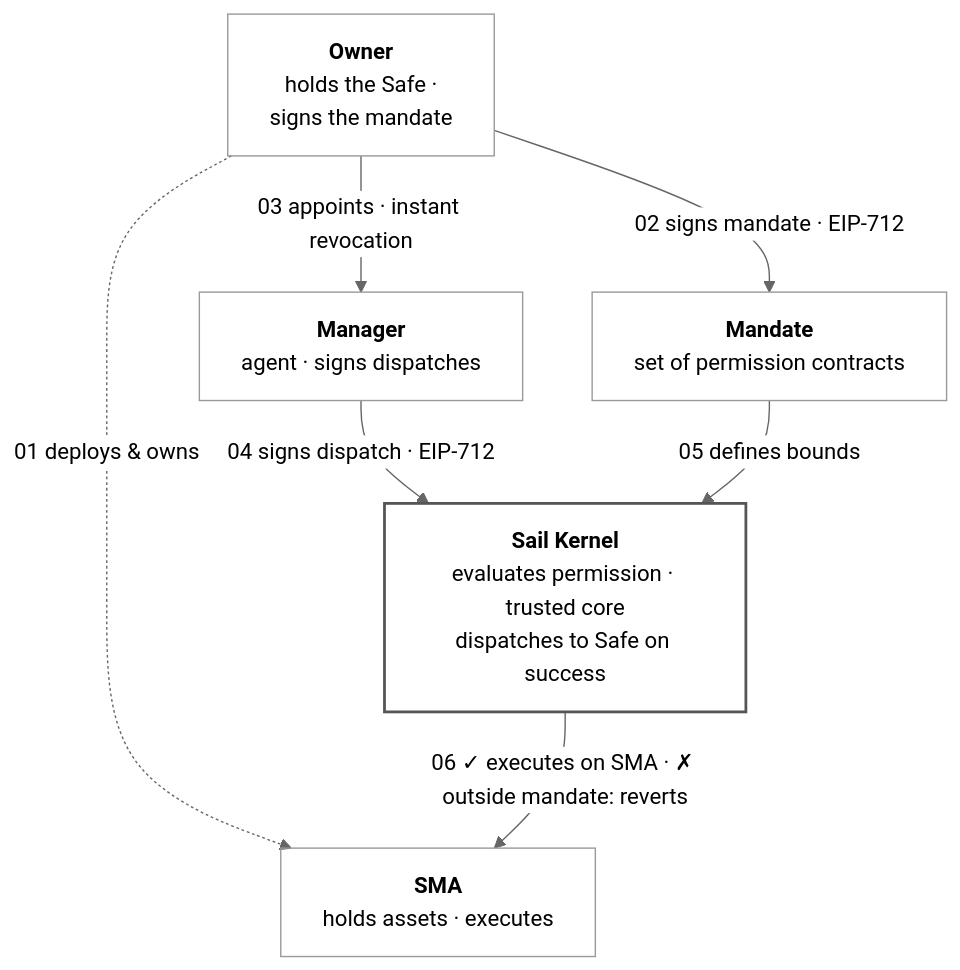
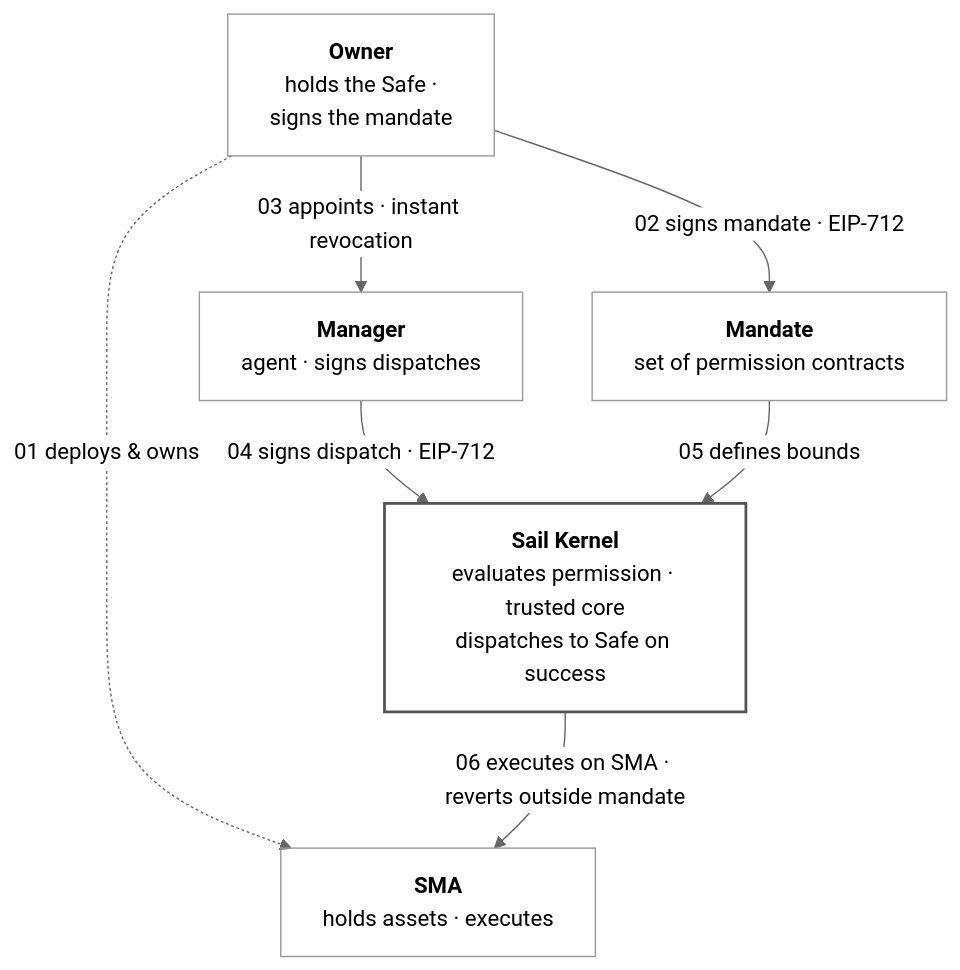
The diagram in README.md (sail-money/Protocol), drawn with Mermaid (neutral theme) before and after one commit. The commit also changed other lines of this file and 183 other files, not shown here.

````diff
--- a/README.md
+++ b/README.md
@@ -25,26 +17,26 @@
 ```mermaid
 flowchart TD
     Owner["`**Owner**
 holds the Safe ·
 signs the mandate`"]
     Manager["`**Manager**
 agent · signs dispatches`"]
     Mandate["`**Mandate**
 set of permission contracts`"]
     Kernel["`**Sail Kernel**
 evaluates permission · trusted core
 dispatches to Safe on success`"]
     SMA["`**SMA**
 holds assets · executes`"]
 
     Owner -- "03 appoints · instant revocation" --> Manager
     Owner -- "02 signs mandate · EIP-712" --> Mandate
     Owner -. "01 deploys & owns" .-> SMA
     Manager -- "04 signs dispatch · EIP-712" --> Kernel
     Mandate -- "05 defines bounds" --> Kernel
-    Kernel -- "06 ✓ executes on SMA · ✗ outside mandate: reverts" --> SMA
+    Kernel -- "06 executes on SMA · reverts outside mandate" --> SMA
 
     classDef default fill:none,stroke:#999
     classDef kernelNode fill:none,stroke:#555,stroke-width:2px
     class Kernel kernelNode
 ```
````
